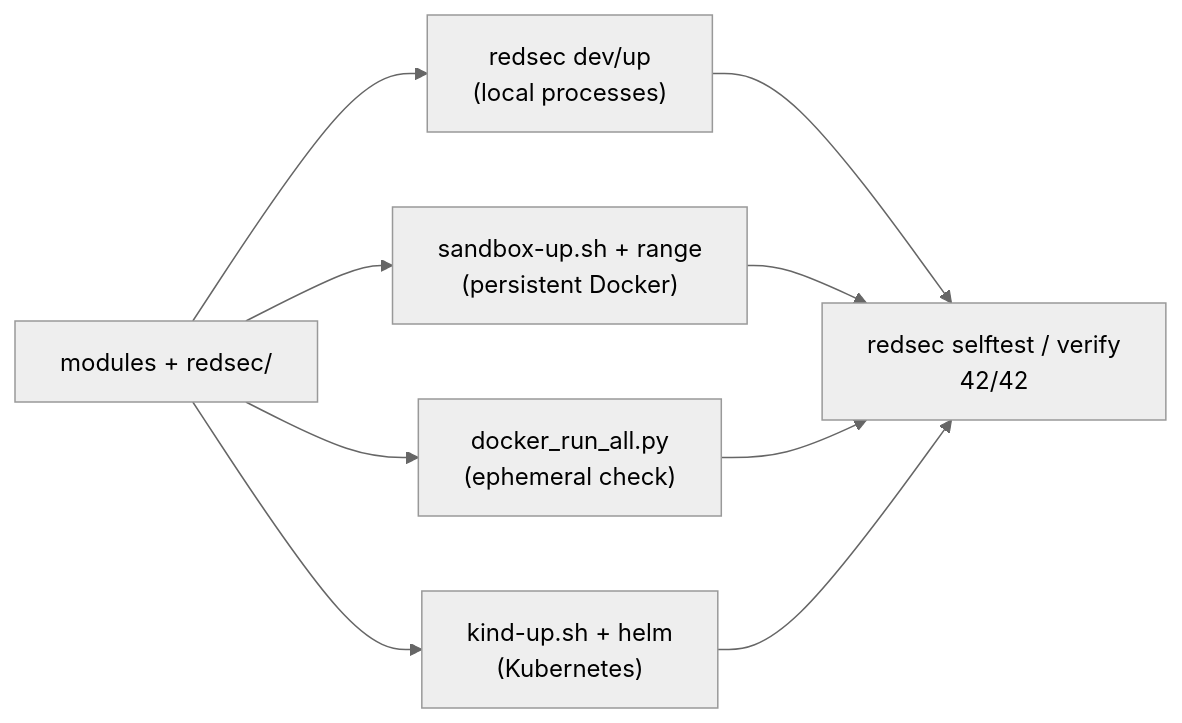
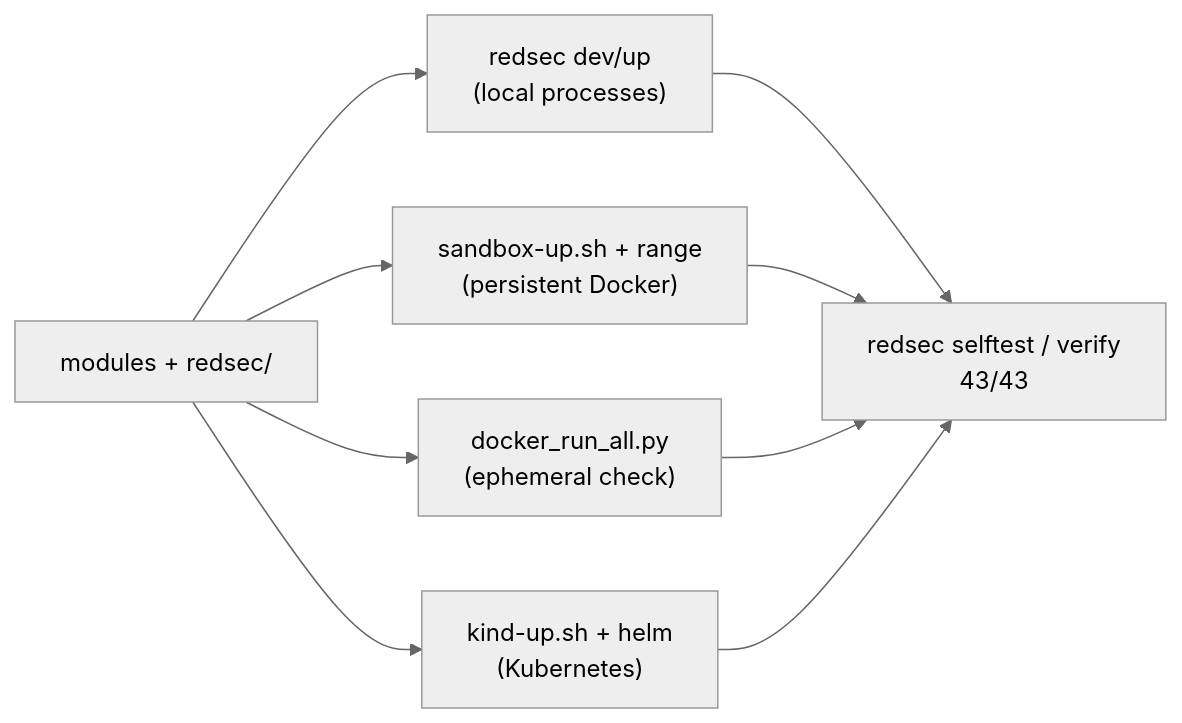
The sixth of 6 diagrams in docs/OVERVIEW.md (tq05/RedSec-range), drawn with Mermaid (neutral theme) before and after one commit. The commit also changed other lines of this file and 40 other files, not shown here.

````diff
--- a/docs/OVERVIEW.md
+++ b/docs/OVERVIEW.md
@@ -160,12 +167,12 @@
 ```mermaid
 flowchart LR
   repo["modules + redsec/"]
   repo --> local["redsec dev/up<br/>(local processes)"]
   repo --> docker["sandbox-up.sh + range<br/>(persistent Docker)"]
   repo --> check["docker_run_all.py<br/>(ephemeral check)"]
   repo --> k8s["kind-up.sh + helm<br/>(Kubernetes)"]
-  local --> verify["redsec selftest / verify<br/>42/42"]
+  local --> verify["redsec selftest / verify<br/>43/43"]
   docker --> verify
   check --> verify
   k8s --> verify
 ```
````
